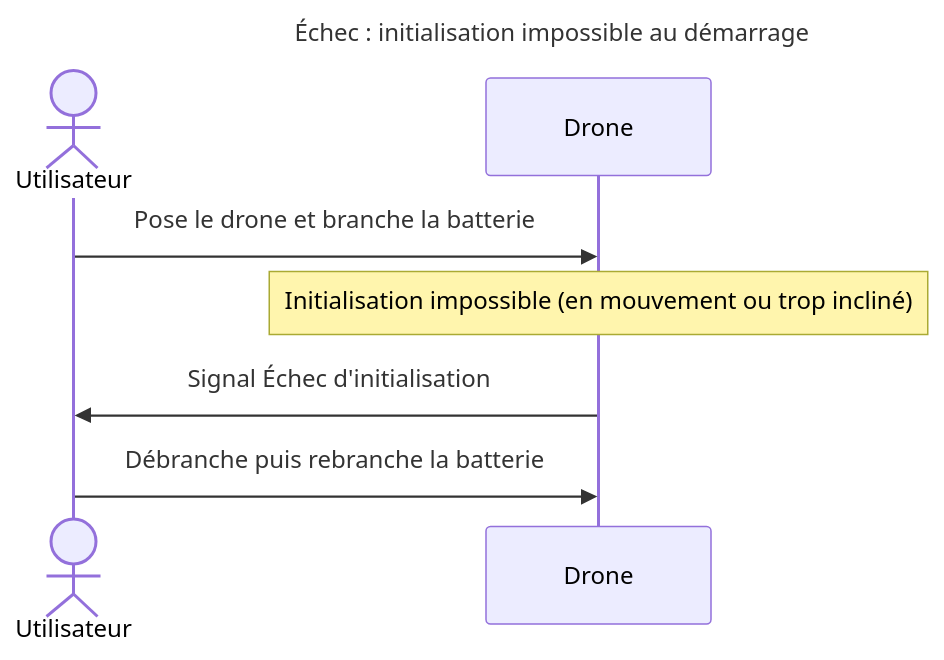
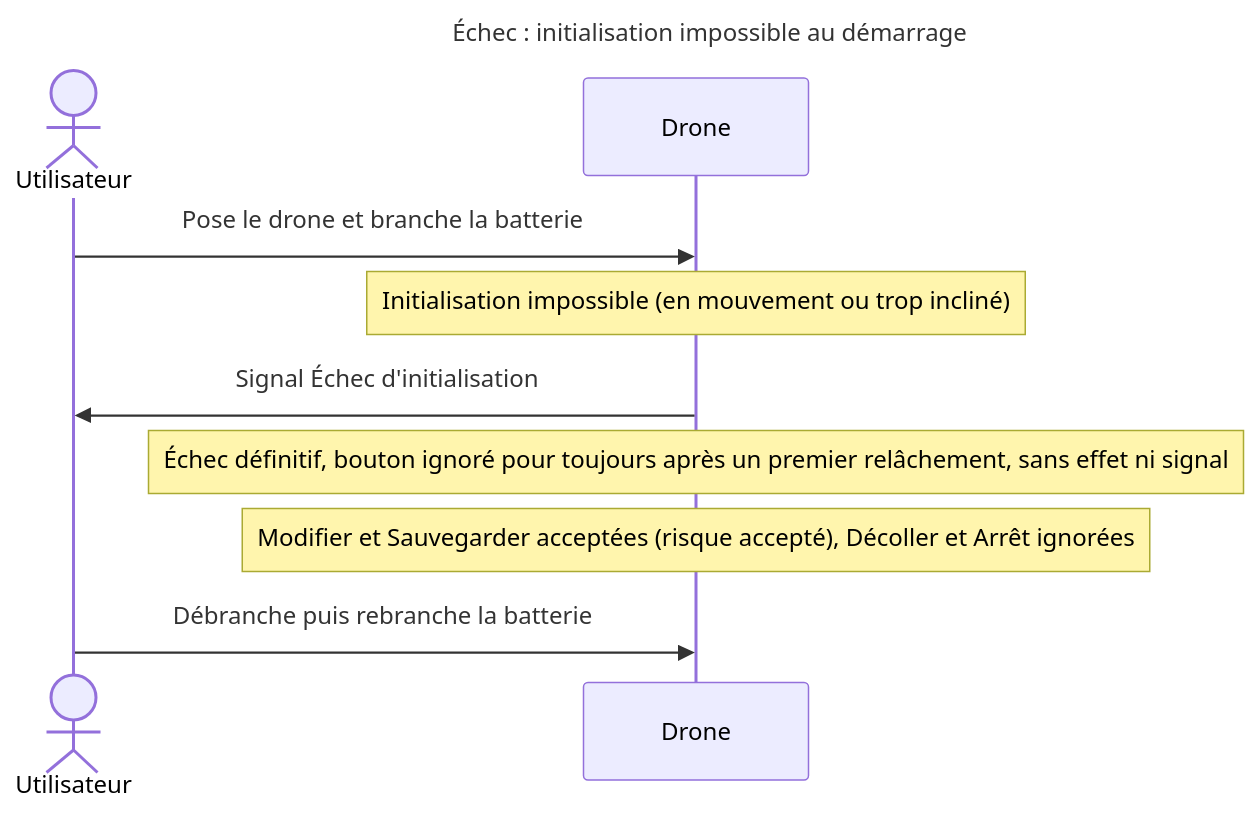
Before and after one commit to thourymatthieu-png/coworker_archi_system: diagram 14 of 16 in projets/boomrone/00-scenarios.md, drawn with Mermaid. The commit also changed other lines of this file and 6 other files, not shown here.

````diff
--- a/projets/boomrone/00-scenarios.md
+++ b/projets/boomrone/00-scenarios.md
@@ -957,12 +957,14 @@
 ```mermaid
 ---
 title: "Échec : initialisation impossible au démarrage"
 ---
 sequenceDiagram
     actor U as Utilisateur
     participant D as Drone
     U->>D: Pose le drone et branche la batterie
     Note over D: Initialisation impossible (en mouvement ou trop incliné)
     D->>U: Signal Échec d'initialisation
+    Note over D: Échec définitif, bouton ignoré pour toujours après un premier relâchement, sans effet ni signal
+    Note over D: Modifier et Sauvegarder acceptées (risque accepté), Décoller et Arrêt ignorées
     U->>D: Débranche puis rebranche la batterie
 ```
````
